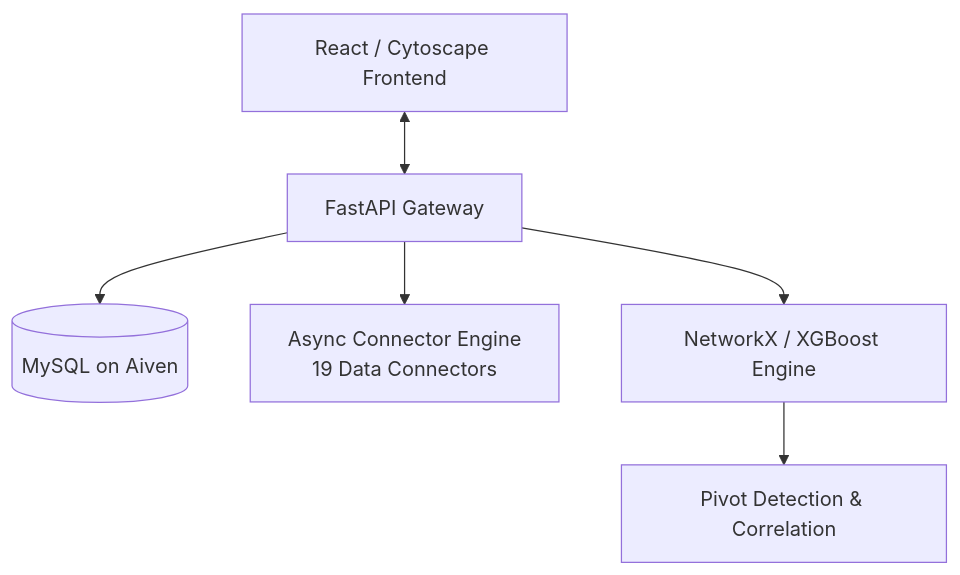
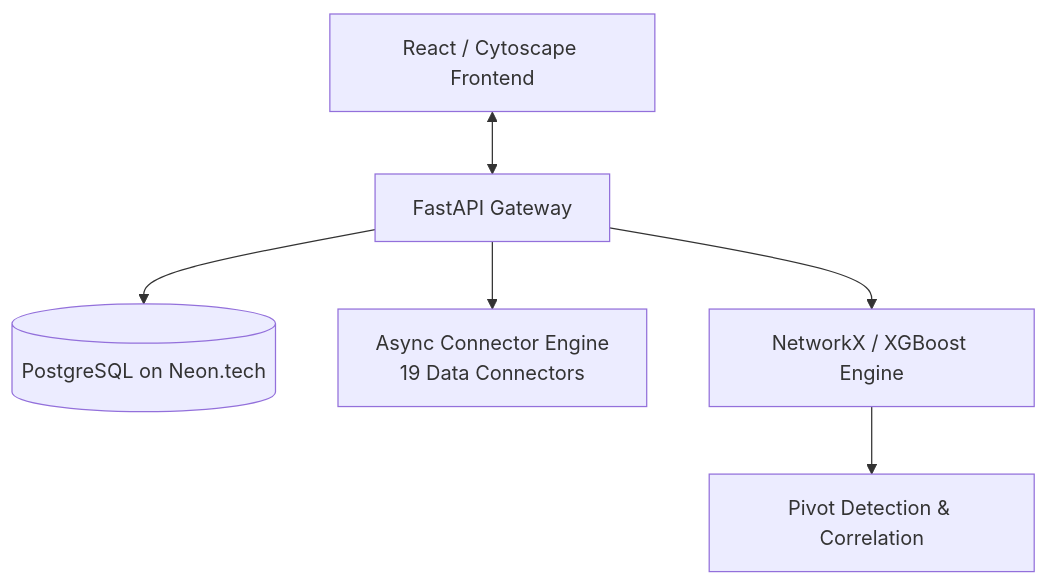
The first of 2 diagrams in README.md (NishchayMittal/ERakshak), drawn with Mermaid before and after one commit. The commit also changed other lines of this file and 7 other files, not shown here.

Commit message:
fix: Revert MySQL changes, restore PostgreSQL and Neon.tech configurations

````diff
--- a/README.md
+++ b/README.md
@@ -96,8 +96,8 @@
 ```mermaid
 graph TD
     UI[React / Cytoscape Frontend] <--> API[FastAPI Gateway]
-    API --> DB[(MySQL on Aiven)]
+    API --> DB[(PostgreSQL on Neon.tech)]
     API --> OSINT[Async Connector Engine \n19 Data Connectors]
     API --> ML[NetworkX / XGBoost Engine]
     ML --> Correlate[Pivot Detection & Correlation]
 ```
````
